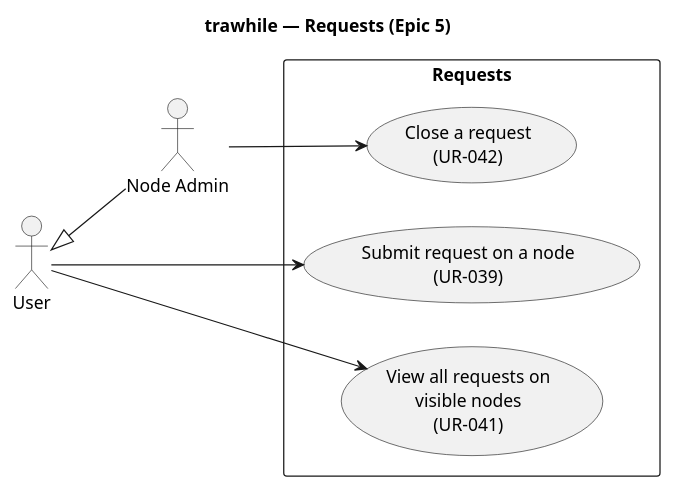
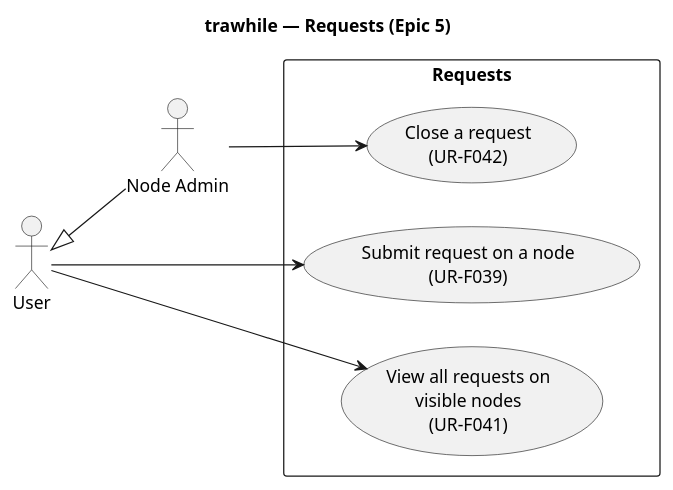
Before and after one commit to uCore7/trawhile: the diagram in docs/uml/use-cases-requests.puml, drawn with PlantUML. The commit also changed 78 other files, not shown here.

```diff
--- a/docs/uml/use-cases-requests.puml
+++ b/docs/uml/use-cases-requests.puml
@@ -1,21 +1,21 @@
 @startuml use-cases-requests
 title trawhile — Requests (Epic 5)
 
 left to right direction
 
 actor "User" as User
 actor "Node Admin" as NodeAdmin
 
 User <|-- NodeAdmin
 
 rectangle "Requests" {
-    usecase "Submit request on a node\n(UR-039)" as UC_Submit
-    usecase "View all requests on\nvisible nodes\n(UR-041)" as UC_ViewRequests
-    usecase "Close a request\n(UR-042)" as UC_Close
+    usecase "Submit request on a node\n(UR-F039)" as UC_Submit
+    usecase "View all requests on\nvisible nodes\n(UR-F041)" as UC_ViewRequests
+    usecase "Close a request\n(UR-F042)" as UC_Close
 }
 
 User --> UC_Submit
 User --> UC_ViewRequests
 NodeAdmin --> UC_Close
 
 @enduml
```
